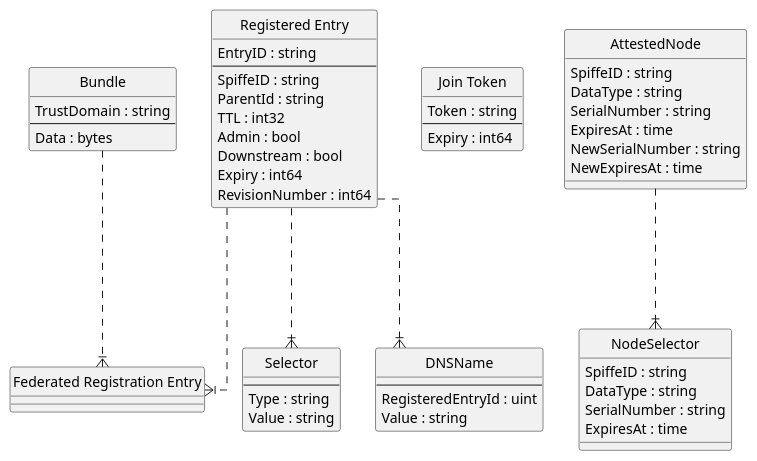
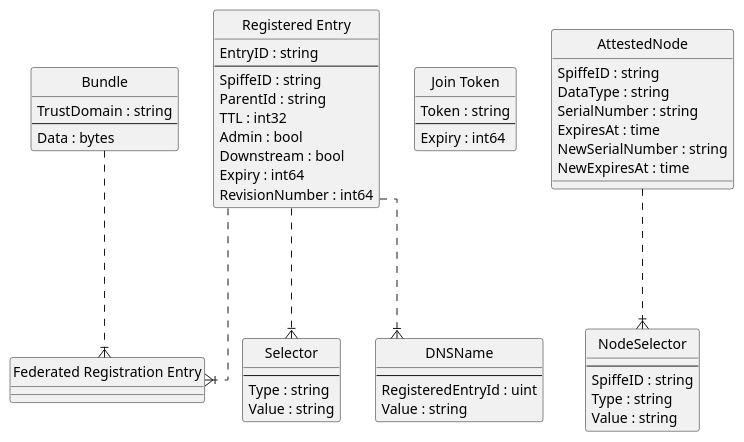
One commit to dfeldman/spire-diagrams changed the diagram in spire-database-diagram.puml. Above: the diagram before and after it, drawn with PlantUML.

Commit message:
fix node selector

```diff
--- a/spire-database-diagram.puml
+++ b/spire-database-diagram.puml
@@ -1,72 +1,72 @@
 @startuml
 skinparam shadowing false
 skinparam monochrome true
 
 ' hide the spot
 hide circle
 
 ' avoid problems with angled crows feet
 skinparam linetype ortho
 
 entity "Bundle" as bundle {
   TrustDomain : string
 --
   Data : bytes
 }
 
 entity "Federated Registration Entry" as fre {
 }
 
 entity "Registered Entry" as re {
   EntryID : string
 --
   SpiffeID : string
   ParentId : string
   TTL : int32
   Admin : bool
   Downstream : bool
   Expiry : int64
   RevisionNumber : int64
 }
 
 entity "Join Token" as jt {
   Token : string
 --
   Expiry : int64
 }
 
 
 entity "Selector" as selector {
 --
 Type : string
 Value : string
 }
 
 entity "DNSName" as dnsname {
 --
 RegisteredEntryId : uint
 Value : string 
 }
 
 entity "AttestedNode" as attestednode {
 SpiffeID : string
 DataType : string
 SerialNumber : string
 ExpiresAt : time
 NewSerialNumber : string
 NewExpiresAt : time
 }
 
 entity "NodeSelector" as nodeselector {
+--
 SpiffeID : string
-DataType : string
-SerialNumber : string
-ExpiresAt : time
+Type : string
+Value : string
 }
 
 bundle ...|{ fre
 re ...|{ fre
 re ...|{ selector
 re ...|{ dnsname
 attestednode...|{ nodeselector
 @enduml
```
